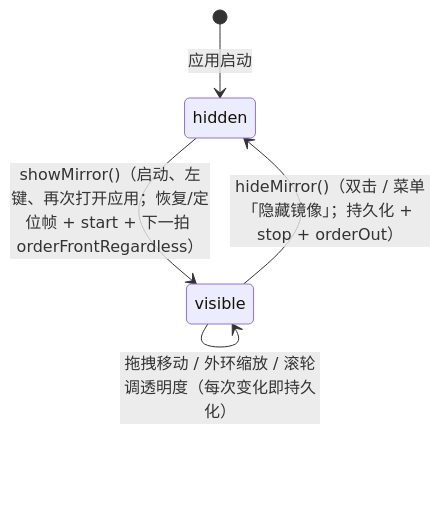
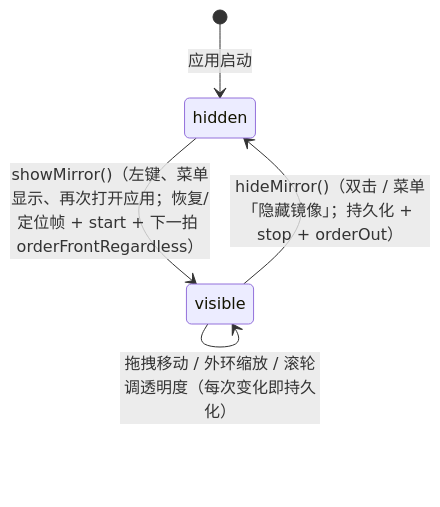
Before and after one commit to x0c/Mirror: the second of 3 diagrams in docs/MIRROR_WINDOW_KNOWLEDGE_BASE.md, drawn with Mermaid. The commit also changed other lines of this file and 7 other files, not shown here.

````diff
--- a/docs/MIRROR_WINDOW_KNOWLEDGE_BASE.md
+++ b/docs/MIRROR_WINDOW_KNOWLEDGE_BASE.md
@@ -64,7 +65,7 @@
 ```mermaid
 stateDiagram-v2
     [*] --> hidden: 应用启动
-    hidden --> visible: showMirror()（启动、左键、再次打开应用；恢复/定位帧 + start + 下一拍 orderFrontRegardless）
+    hidden --> visible: showMirror()（左键、菜单显示、再次打开应用；恢复/定位帧 + start + 下一拍 orderFrontRegardless）
     visible --> hidden: hideMirror()（双击 / 菜单「隐藏镜像」；持久化 + stop + orderOut）
     visible --> visible: 拖拽移动 / 外环缩放 / 滚轮调透明度（每次变化即持久化）
 ```
````
